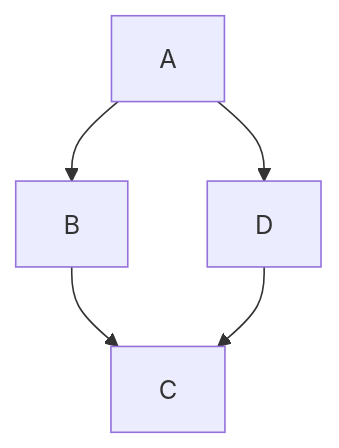
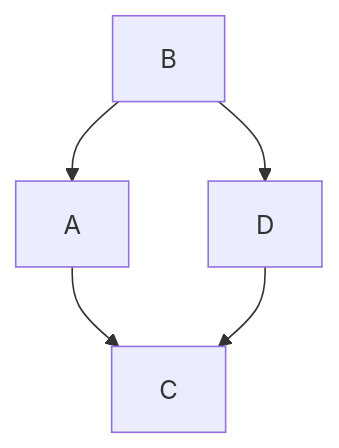
Before and after one commit to Ramzgate/node_setup: the second of 2 diagrams in ubuntu_os.md, drawn with Mermaid.

Commit message:
ubuntu install instructions

````diff
--- a/ubuntu_os.md
+++ b/ubuntu_os.md
@@ -68,7 +68,7 @@
 ```mermaid
 graph TD;
-    B-->C;
-    A-->B;
-    A-->D;
+    B-->A;
+    A-->C;
+    B-->D;
     D-->C;
 ```
````
